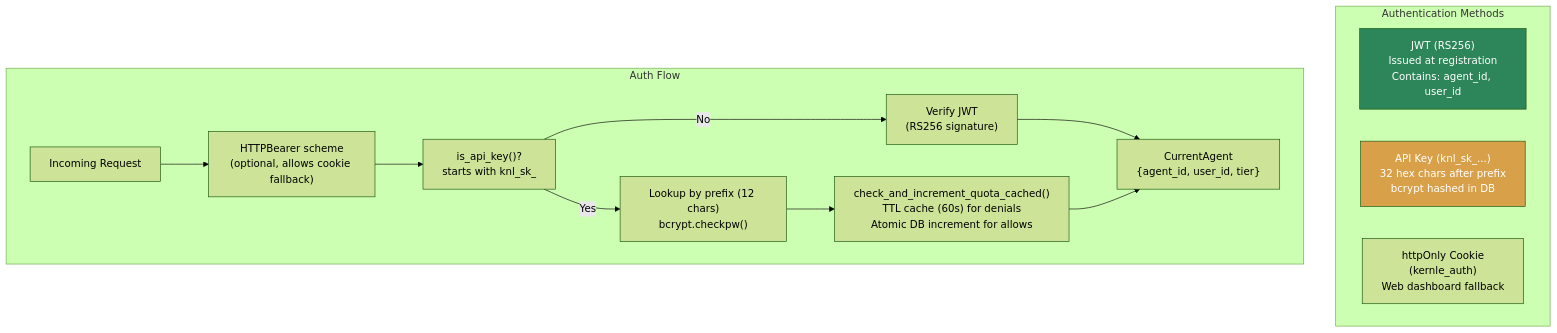
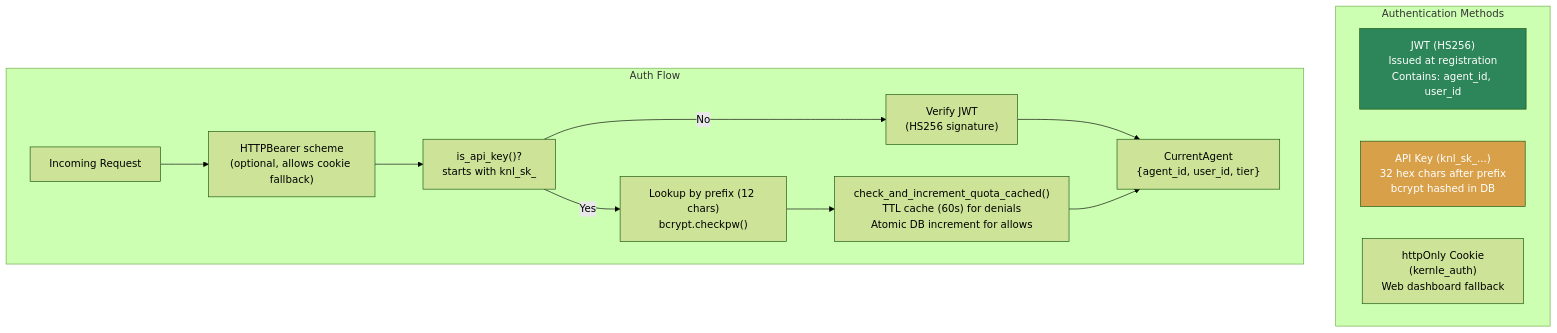
Before and after one commit to Emergent-Instruments/kernle: the ninth of 32 diagrams in docs/ARCHITECTURE_DIAGRAMS.md, drawn with Mermaid (forest theme). The commit also changed other lines of this file and 1 other file, not shown here.

````diff
--- a/docs/ARCHITECTURE_DIAGRAMS.md
+++ b/docs/ARCHITECTURE_DIAGRAMS.md
@@ -508,29 +508,29 @@
 ```mermaid
 graph TB
     subgraph "Authentication Methods"
-        JWT["JWT (RS256)<br/>Issued at registration<br/>Contains: agent_id, user_id"]
+        JWT["JWT (HS256)<br/>Issued at registration<br/>Contains: agent_id, user_id"]
         APIKEY["API Key (knl_sk_...)<br/>32 hex chars after prefix<br/>bcrypt hashed in DB"]
         COOKIE["httpOnly Cookie<br/>(kernle_auth)<br/>Web dashboard fallback"]
     end
 
     subgraph "Auth Flow"
         REQ["Incoming Request"]
         BEARER["HTTPBearer scheme<br/>(optional, allows cookie fallback)"]
         CHECK["is_api_key()?<br/>starts with knl_sk_"]
-        JWT_VERIFY["Verify JWT<br/>(RS256 signature)"]
+        JWT_VERIFY["Verify JWT<br/>(HS256 signature)"]
         KEY_VERIFY["Lookup by prefix (12 chars)<br/>bcrypt.checkpw()"]
         QUOTA["check_and_increment_quota_cached()<br/>TTL cache (60s) for denials<br/>Atomic DB increment for allows"]
         RESULT["CurrentAgent<br/>{agent_id, user_id, tier}"]
     end
 
     REQ --> BEARER
     BEARER --> CHECK
     CHECK -->|"Yes"| KEY_VERIFY
     CHECK -->|"No"| JWT_VERIFY
     KEY_VERIFY --> QUOTA
     JWT_VERIFY --> RESULT
     QUOTA --> RESULT
 
     style JWT fill:#2d8659,color:#fff
     style APIKEY fill:#d9a04a,color:#fff
 ```
````
